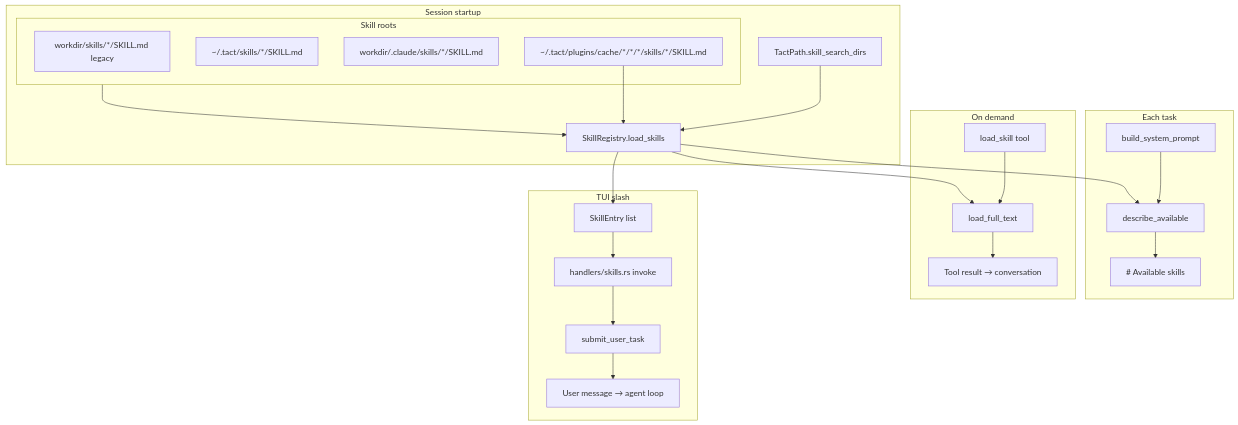
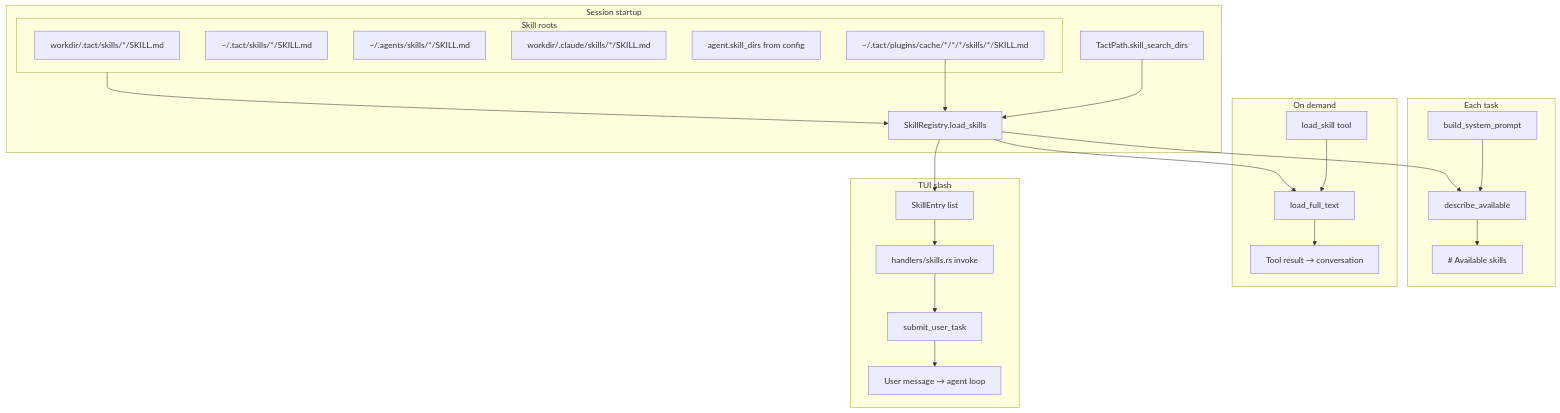
One commit to rust-infra/tact changed the diagram in book/02_chapter_skill.md. Above: the diagram before and after it, drawn with Mermaid. The commit also changed other lines of this file and 160 other files, not shown here.

````diff
--- a/book/02_chapter_skill.md
+++ b/book/02_chapter_skill.md
@@ -26,44 +26,46 @@
 ```mermaid
 graph TB
     subgraph Disk["Skill roots"]
-        L["workdir/skills/*/SKILL.md legacy"]
+        T["workdir/.tact/skills/*/SKILL.md"]
         U["~/.tact/skills/*/SKILL.md"]
+        A["~/.agents/skills/*/SKILL.md"]
         P["workdir/.claude/skills/*/SKILL.md"]
+        C["agent.skill_dirs from config"]
         I["~/.tact/plugins/cache/*/*/*/skills/*/SKILL.md"]
     end
 
     subgraph Startup["Session startup"]
         TP[TactPath.skill_search_dirs]
         SR[SkillRegistry.load_skills]
         TP --> SR
         Disk --> SR
         I --> SR
     end
 
     subgraph Prompt["Each task"]
         BSP[build_system_prompt]
         DA[describe_available]
         BSP --> DA
         DA --> SP["# Available skills"]
     end
 
     subgraph Tool["On demand"]
         LS[load_skill tool]
         LFT[load_full_text]
         LS --> LFT
         LFT --> Ctx["Tool result → conversation"]
     end
 
     subgraph Tui["TUI slash"]
         SE[SkillEntry list]
         INV[handlers/skills.rs invoke]
         SUB[submit_user_task]
         SE --> INV
         INV --> SUB
         SUB --> UserMsg["User message → agent loop"]
     end
 
     SR --> DA
     SR --> LFT
     SR --> SE
 ```
````
